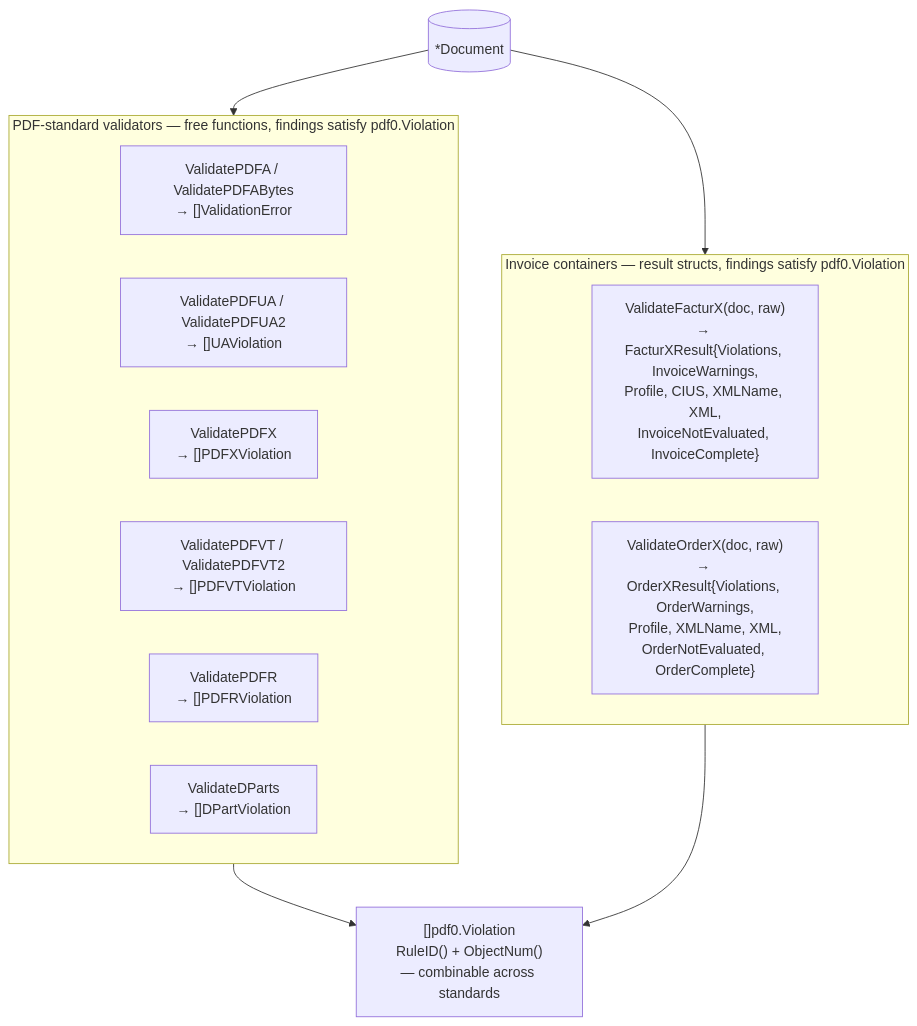
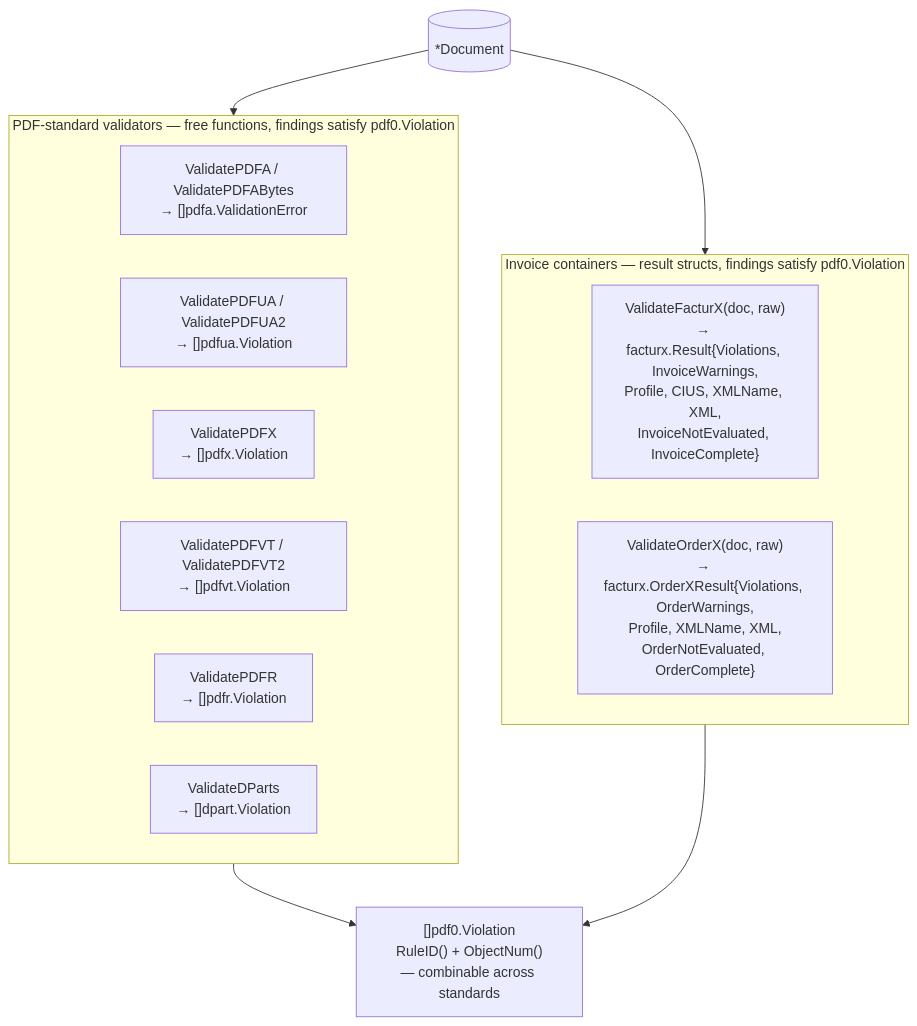
The first of 2 diagrams in docs/validators.md (mgilbir/pdf0), drawn with Mermaid before and after one commit. The commit also changed other lines of this file and 177 other files, not shown here.

````diff
--- a/docs/validators.md
+++ b/docs/validators.md
@@ -71,24 +71,24 @@
 ```mermaid
 flowchart TD
     Doc[("*Document")]
 
     subgraph pdfstd["PDF-standard validators — free functions, findings satisfy pdf0.Violation"]
-        A["ValidatePDFA / ValidatePDFABytes<br/>→ []ValidationError"]
-        UA["ValidatePDFUA / ValidatePDFUA2<br/>→ []UAViolation"]
-        X["ValidatePDFX<br/>→ []PDFXViolation"]
-        VT["ValidatePDFVT / ValidatePDFVT2<br/>→ []PDFVTViolation"]
-        R["ValidatePDFR<br/>→ []PDFRViolation"]
-        DP["ValidateDParts<br/>→ []DPartViolation"]
+        A["ValidatePDFA / ValidatePDFABytes<br/>→ []pdfa.ValidationError"]
+        UA["ValidatePDFUA / ValidatePDFUA2<br/>→ []pdfua.Violation"]
+        X["ValidatePDFX<br/>→ []pdfx.Violation"]
+        VT["ValidatePDFVT / ValidatePDFVT2<br/>→ []pdfvt.Violation"]
+        R["ValidatePDFR<br/>→ []pdfr.Violation"]
+        DP["ValidateDParts<br/>→ []dpart.Violation"]
     end
 
     subgraph invoice["Invoice containers — result structs, findings satisfy pdf0.Violation"]
-        FX["ValidateFacturX(doc, raw)<br/>→ FacturXResult{Violations, InvoiceWarnings,<br/>Profile, CIUS, XMLName, XML,<br/>InvoiceNotEvaluated, InvoiceComplete}"]
-        OX["ValidateOrderX(doc, raw)<br/>→ OrderXResult{Violations, OrderWarnings,<br/>Profile, XMLName, XML,<br/>OrderNotEvaluated, OrderComplete}"]
+        FX["ValidateFacturX(doc, raw)<br/>→ facturx.Result{Violations, InvoiceWarnings,<br/>Profile, CIUS, XMLName, XML,<br/>InvoiceNotEvaluated, InvoiceComplete}"]
+        OX["ValidateOrderX(doc, raw)<br/>→ facturx.OrderXResult{Violations, OrderWarnings,<br/>Profile, XMLName, XML,<br/>OrderNotEvaluated, OrderComplete}"]
     end
 
     Doc --> pdfstd
     Doc --> invoice
 
     pdfstd --> V["[]pdf0.Violation<br/>RuleID() + ObjectNum()<br/>— combinable across standards"]
     invoice --> V
 ```
````
